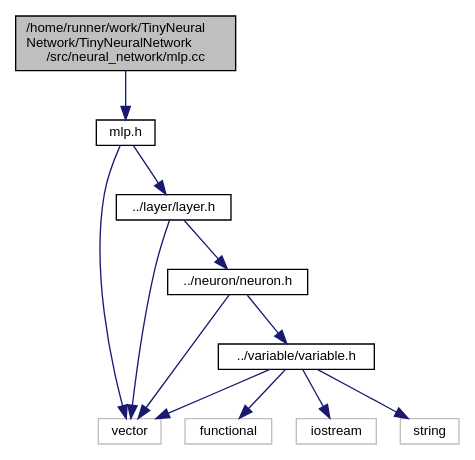
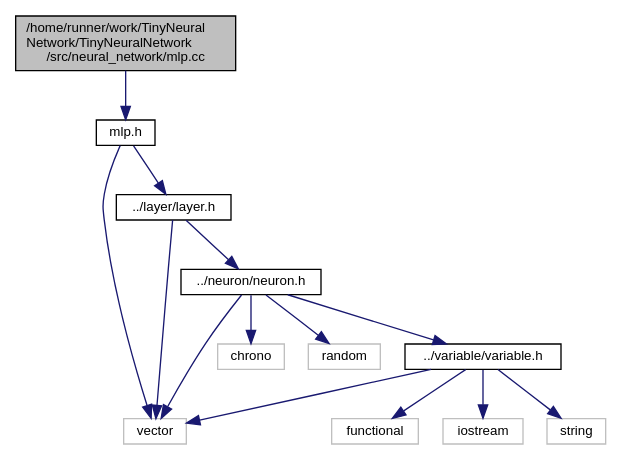
The diagram in mlp_8cc__incl.dot (MaoSong2022/TinyNeuralNetwork), drawn with Graphviz before and after one commit. The commit also changed 93 other files, not shown here.

```diff
--- a/mlp_8cc__incl.dot
+++ b/mlp_8cc__incl.dot
@@ -1,26 +1,30 @@
 digraph "/home/runner/work/TinyNeuralNetwork/TinyNeuralNetwork/src/neural_network/mlp.cc"
 {
  // LATEX_PDF_SIZE
   edge [fontname="Helvetica",fontsize="10",labelfontname="Helvetica",labelfontsize="10"];
   node [fontname="Helvetica",fontsize="10",shape=record];
   Node1 [label="/home/runner/work/TinyNeural\lNetwork/TinyNeuralNetwork\l/src/neural_network/mlp.cc",height=0.2,width=0.4,color="black", fillcolor="grey75", style="filled", fontcolor="black",tooltip=" "];
   Node1 -> Node2 [color="midnightblue",fontsize="10",style="solid",fontname="Helvetica"];
   Node2 [label="mlp.h",height=0.2,width=0.4,color="black", fillcolor="white", style="filled",URL="$mlp_8h.html",tooltip=" "];
   Node2 -> Node3 [color="midnightblue",fontsize="10",style="solid",fontname="Helvetica"];
   Node3 [label="vector",height=0.2,width=0.4,color="grey75", fillcolor="white", style="filled",tooltip=" "];
   Node2 -> Node4 [color="midnightblue",fontsize="10",style="solid",fontname="Helvetica"];
   Node4 [label="../layer/layer.h",height=0.2,width=0.4,color="black", fillcolor="white", style="filled",URL="$layer_8h.html",tooltip=" "];
   Node4 -> Node3 [color="midnightblue",fontsize="10",style="solid",fontname="Helvetica"];
   Node4 -> Node5 [color="midnightblue",fontsize="10",style="solid",fontname="Helvetica"];
   Node5 [label="../neuron/neuron.h",height=0.2,width=0.4,color="black", fillcolor="white", style="filled",URL="$neuron_8h.html",tooltip=" "];
+  Node5 -> Node6 [color="midnightblue",fontsize="10",style="solid",fontname="Helvetica"];
+  Node6 [label="chrono",height=0.2,width=0.4,color="grey75", fillcolor="white", style="filled",tooltip=" "];
+  Node5 -> Node7 [color="midnightblue",fontsize="10",style="solid",fontname="Helvetica"];
+  Node7 [label="random",height=0.2,width=0.4,color="grey75", fillcolor="white", style="filled",tooltip=" "];
   Node5 -> Node3 [color="midnightblue",fontsize="10",style="solid",fontname="Helvetica"];
-  Node5 -> Node6 [color="midnightblue",fontsize="10",style="solid",fontname="Helvetica"];
-  Node6 [label="../variable/variable.h",height=0.2,width=0.4,color="black", fillcolor="white", style="filled",URL="$variable_8h.html",tooltip=" "];
-  Node6 -> Node7 [color="midnightblue",fontsize="10",style="solid",fontname="Helvetica"];
-  Node7 [label="functional",height=0.2,width=0.4,color="grey75", fillcolor="white", style="filled",tooltip=" "];
-  Node6 -> Node8 [color="midnightblue",fontsize="10",style="solid",fontname="Helvetica"];
-  Node8 [label="iostream",height=0.2,width=0.4,color="grey75", fillcolor="white", style="filled",tooltip=" "];
-  Node6 -> Node9 [color="midnightblue",fontsize="10",style="solid",fontname="Helvetica"];
-  Node9 [label="string",height=0.2,width=0.4,color="grey75", fillcolor="white", style="filled",tooltip=" "];
-  Node6 -> Node3 [color="midnightblue",fontsize="10",style="solid",fontname="Helvetica"];
+  Node5 -> Node8 [color="midnightblue",fontsize="10",style="solid",fontname="Helvetica"];
+  Node8 [label="../variable/variable.h",height=0.2,width=0.4,color="black", fillcolor="white", style="filled",URL="$variable_8h.html",tooltip=" "];
+  Node8 -> Node9 [color="midnightblue",fontsize="10",style="solid",fontname="Helvetica"];
+  Node9 [label="functional",height=0.2,width=0.4,color="grey75", fillcolor="white", style="filled",tooltip=" "];
+  Node8 -> Node10 [color="midnightblue",fontsize="10",style="solid",fontname="Helvetica"];
+  Node10 [label="iostream",height=0.2,width=0.4,color="grey75", fillcolor="white", style="filled",tooltip=" "];
+  Node8 -> Node11 [color="midnightblue",fontsize="10",style="solid",fontname="Helvetica"];
+  Node11 [label="string",height=0.2,width=0.4,color="grey75", fillcolor="white", style="filled",tooltip=" "];
+  Node8 -> Node3 [color="midnightblue",fontsize="10",style="solid",fontname="Helvetica"];
 }
```
